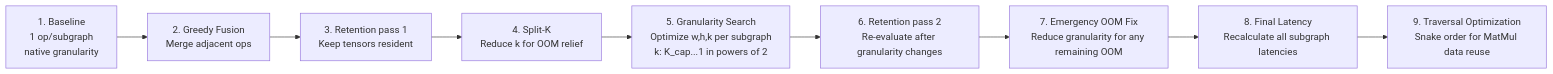
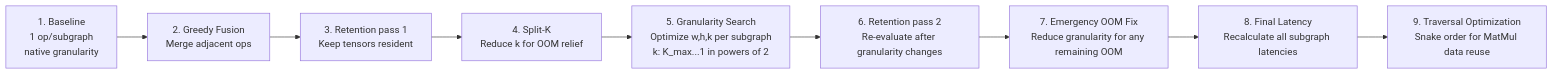
One commit to melroyanthony/MLSys changed the fourth of 4 diagrams in solution/docs/architecture/data-flow.md. Above: the diagram before and after it, drawn with Mermaid. The commit also changed other lines of this file and 10 other files, not shown here.

````diff
--- a/solution/docs/architecture/data-flow.md
+++ b/solution/docs/architecture/data-flow.md
@@ -132,14 +132,14 @@
 ```mermaid
 flowchart LR
     S1[1. Baseline<br>1 op/subgraph<br>native granularity]
     S2[2. Greedy Fusion<br>Merge adjacent ops]
     S3[3. Retention pass 1<br>Keep tensors resident]
     S4[4. Split-K<br>Reduce k for OOM relief]
-    S5[5. Granularity Search<br>Optimize w,h,k per subgraph<br>k: K_cap...1 in powers of 2]
+    S5[5. Granularity Search<br>Optimize w,h,k per subgraph<br>k: K_max...1 in powers of 2]
     S6[6. Retention pass 2<br>Re-evaluate after granularity changes]
     S7[7. Emergency OOM Fix<br>Reduce granularity for any remaining OOM]
     S8[8. Final Latency<br>Recalculate all subgraph latencies]
     S9[9. Traversal Optimization<br>Snake order for MatMul data reuse]
 
     S1 --> S2 --> S3 --> S4 --> S5 --> S6 --> S7 --> S8 --> S9
 ```
````
